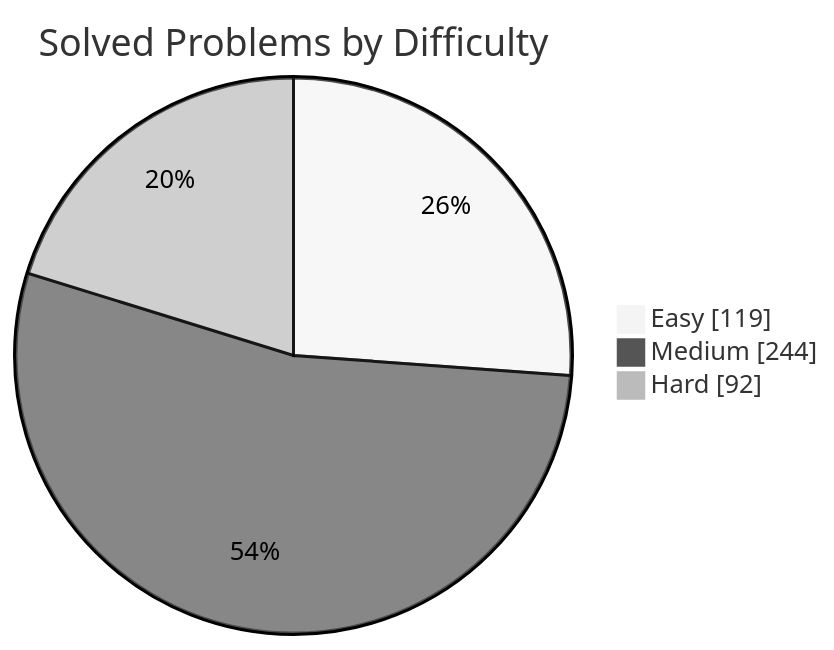
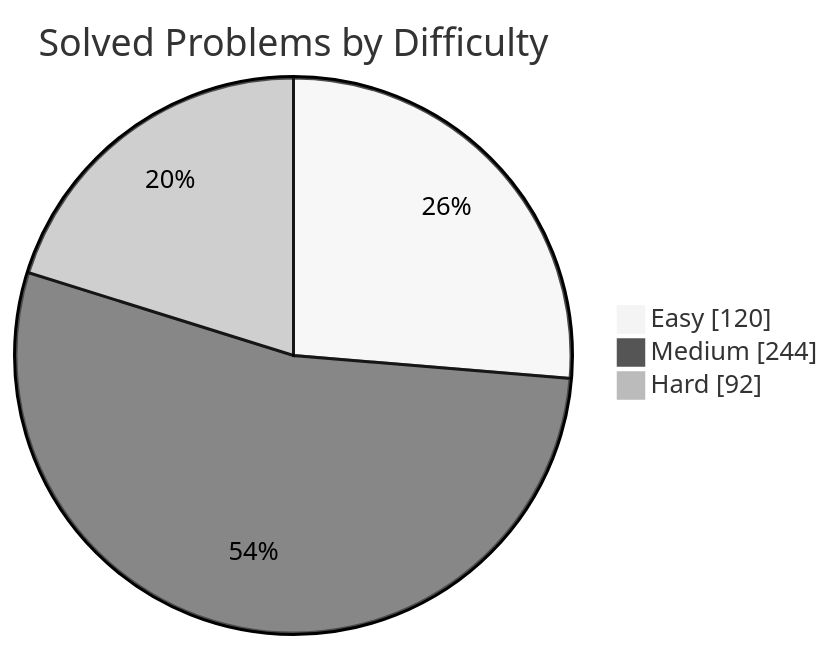
Before and after one commit to manikantbindass/DSA-Preparation-FAANG: the first of 2 diagrams in README.md, drawn with Mermaid (neutral theme). The commit also changed other lines of this file and 1 other file, not shown here.

````diff
--- a/README.md
+++ b/README.md
@@ -77,7 +77,7 @@
 ```mermaid
 pie showData
     title Solved Problems by Difficulty
-    "Easy" : 119
+    "Easy" : 120
     "Medium" : 244
     "Hard" : 92
 ```
````
